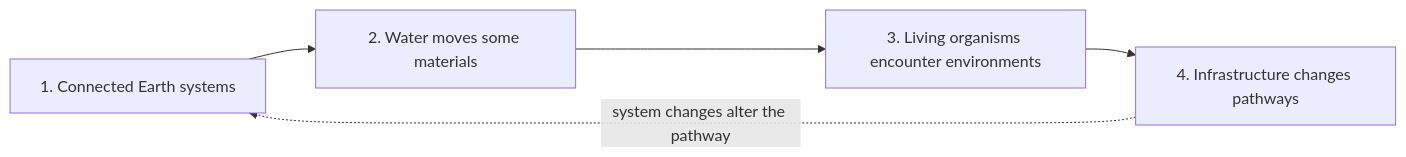
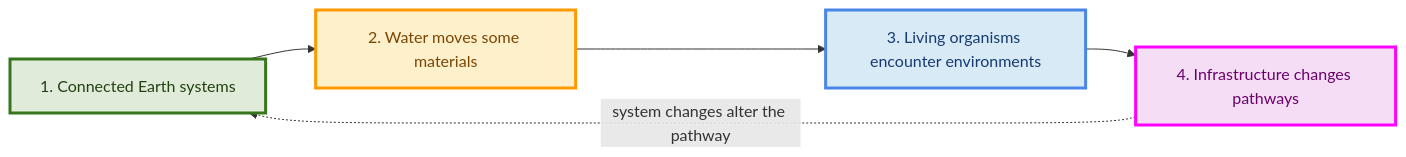
One commit to pzg8794/EDU486 changed the diagram in assignments/05-july14-camp-prep/invisible-invaders-gotta-have-checklist-evidence-map.md. Above: the diagram before and after it, drawn with Mermaid. The commit also changed other lines of this file and 2 other files, not shown here.

````diff
--- a/assignments/05-july14-camp-prep/invisible-invaders-gotta-have-checklist-evidence-map.md
+++ b/assignments/05-july14-camp-prep/invisible-invaders-gotta-have-checklist-evidence-map.md
@@ -18,7 +18,15 @@
 ```mermaid
 flowchart LR
     A["1. Connected Earth systems"] --> B["2. Water moves some materials"]
     B --> C["3. Living organisms encounter environments"]
     C --> D["4. Infrastructure changes pathways"]
     D -. "system changes alter the pathway" .-> A
+    classDef earth fill:#E1EBD9,stroke:#38761D,color:#1F4210,stroke-width:3px
+    classDef water fill:#FFF0CC,stroke:#FF9900,color:#7A4500,stroke-width:3px
+    classDef living fill:#D9EAF7,stroke:#4A86E8,color:#173A70,stroke-width:3px
+    classDef infrastructure fill:#F5DDF5,stroke:#FF00FF,color:#6B006B,stroke-width:3px
+    class A earth
+    class B water
+    class C living
+    class D infrastructure
 ```
````
